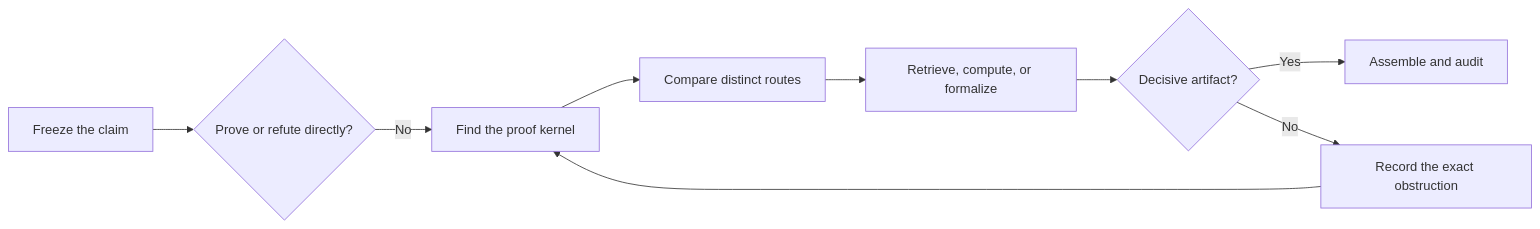
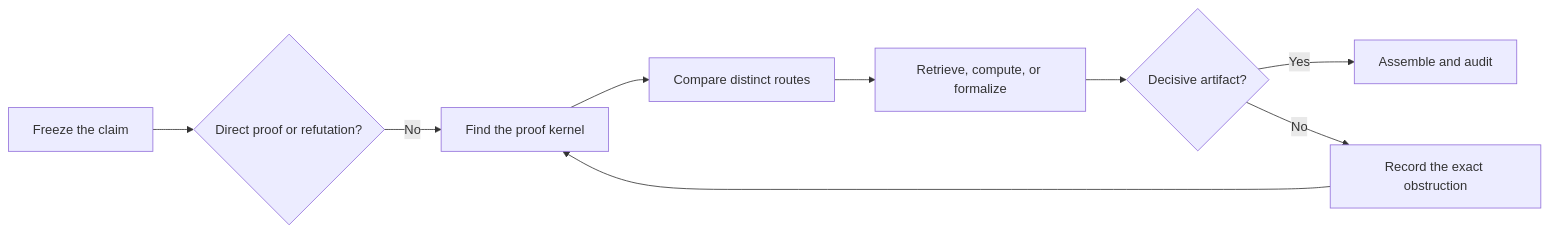
One commit to jmf-enigma/codex-theory-proof-workbench changed the first of 2 diagrams in README.md. Above: the diagram before and after it, drawn with Mermaid. The commit also changed other lines of this file and 12 other files, not shown here.

````diff
--- a/README.md
+++ b/README.md
@@ -63,11 +63,11 @@
 ```mermaid
 flowchart LR
-    A["Freeze the claim"] --> B{"Prove or refute directly?"}
+    A["Freeze the claim"] --> B{"Direct proof or refutation?"}
     B -->|No| C["Find the proof kernel"]
     C --> D["Compare distinct routes"]
     D --> E["Retrieve, compute, or formalize"]
     E --> F{"Decisive artifact?"}
     F -->|Yes| G["Assemble and audit"]
     F -->|No| H["Record the exact obstruction"]
     H --> C
 ```
````
